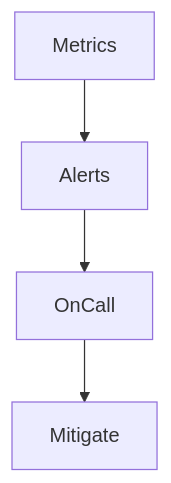
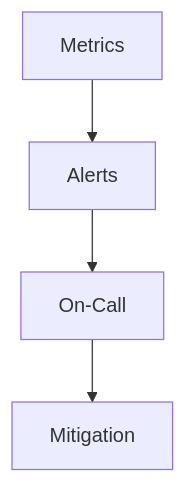
Before and after one commit to DMontgomery40/ragweld: the second of 2 diagrams in mkdocs/docs/operations.md, drawn with Mermaid. The commit also changed other lines of this file and 110 other files, not shown here.

````diff
--- a/mkdocs/docs/operations.md
+++ b/mkdocs/docs/operations.md
@@ -89,6 +87,6 @@
 ```mermaid
 flowchart TB
-    Alert[Alerts] --> OnCall
-    Metrics --> Alert
-    OnCall --> Mitigate
+    Alert["Alerts"] --> OnCall["On-Call"]
+    Metrics["Metrics"] --> Alert
+    OnCall --> Mitigate["Mitigation"]
 ```
````
